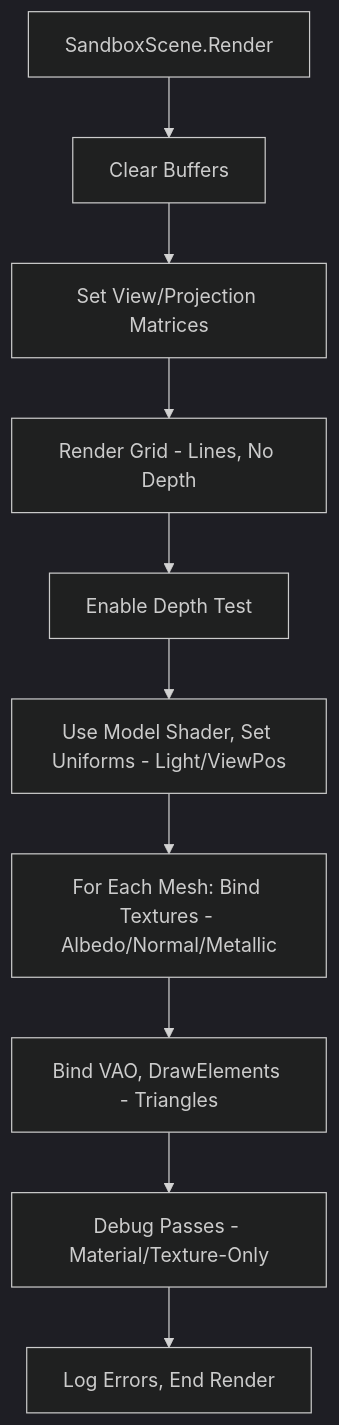
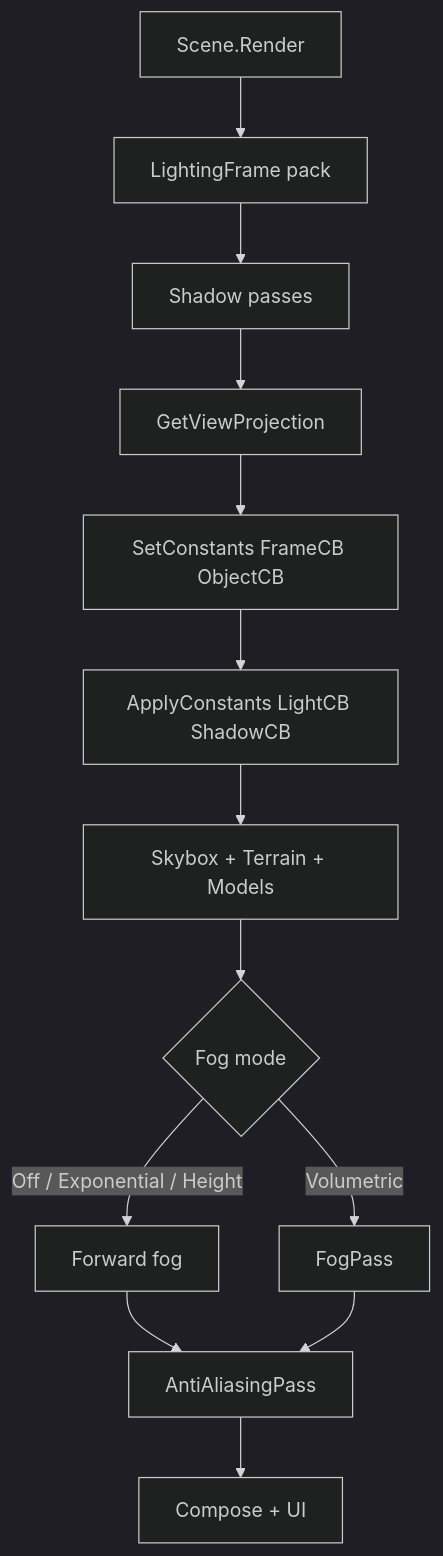
Before and after one commit to ireakhavok/Castle: the seventh of 8 diagrams in README.md, drawn with Mermaid. The commit also changed other lines of this file and 6 other files, not shown here.

````diff
--- a/README.md
+++ b/README.md
@@ -703,13 +296,16 @@
 ```mermaid
 %%{init: {'theme':'dark'}}%%
 flowchart TD
-    A[SandboxScene.Render] --> B[Clear Buffers]
-    B --> C[Set View/Projection Matrices]
-    C --> D[Render Grid - Lines, No Depth]
-    D --> E[Enable Depth Test]
-    E --> F[Use Model Shader, Set Uniforms - Light/ViewPos]
-    F --> G[For Each Mesh: Bind Textures - Albedo/Normal/Metallic]
-    G --> H[Bind VAO, DrawElements - Triangles]
-    H --> I[Debug Passes - Material/Texture-Only]
-    I --> J[Log Errors, End Render]
+  A[Scene.Render] --> B[LightingFrame pack]
+  B --> C[Shadow passes]
+  C --> D[GetViewProjection]
+  D --> E[SetConstants FrameCB ObjectCB]
+  E --> F[ApplyConstants LightCB ShadowCB]
+  F --> G[Skybox + Terrain + Models]
+  G --> H{Fog mode}
+  H -->|Off / Exponential / Height| I[Forward fog]
+  H -->|Volumetric| J[FogPass]
+  I --> K[AntiAliasingPass]
+  J --> K
+  K --> L[Compose + UI]
 ```
````
